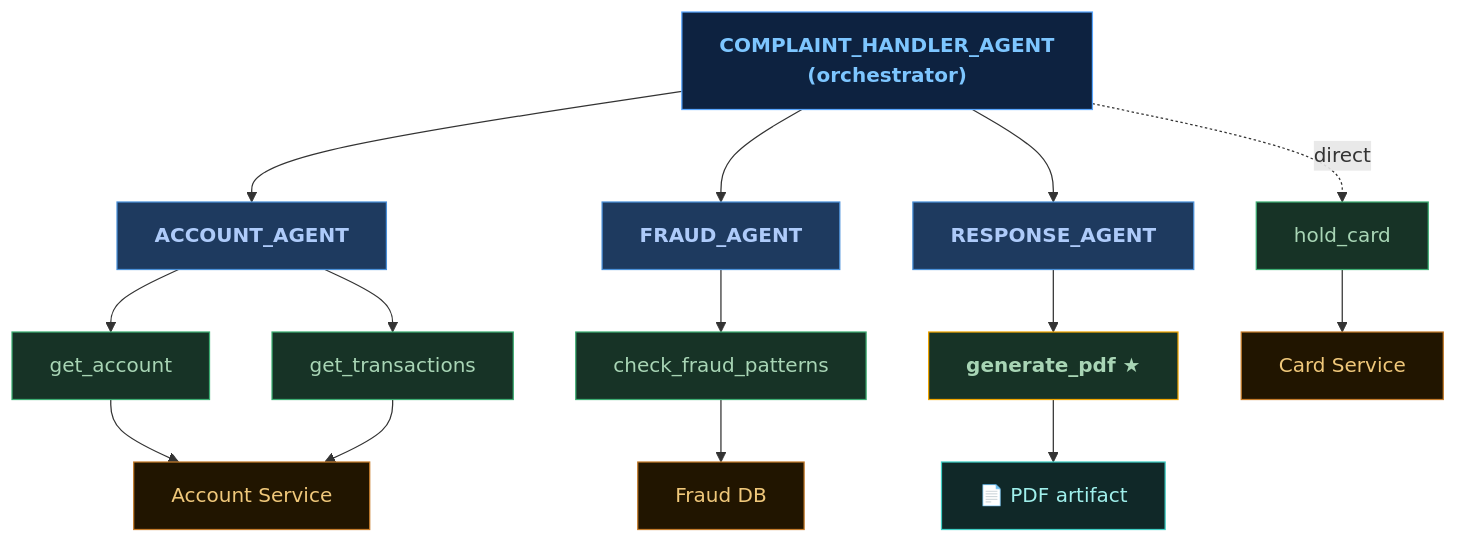
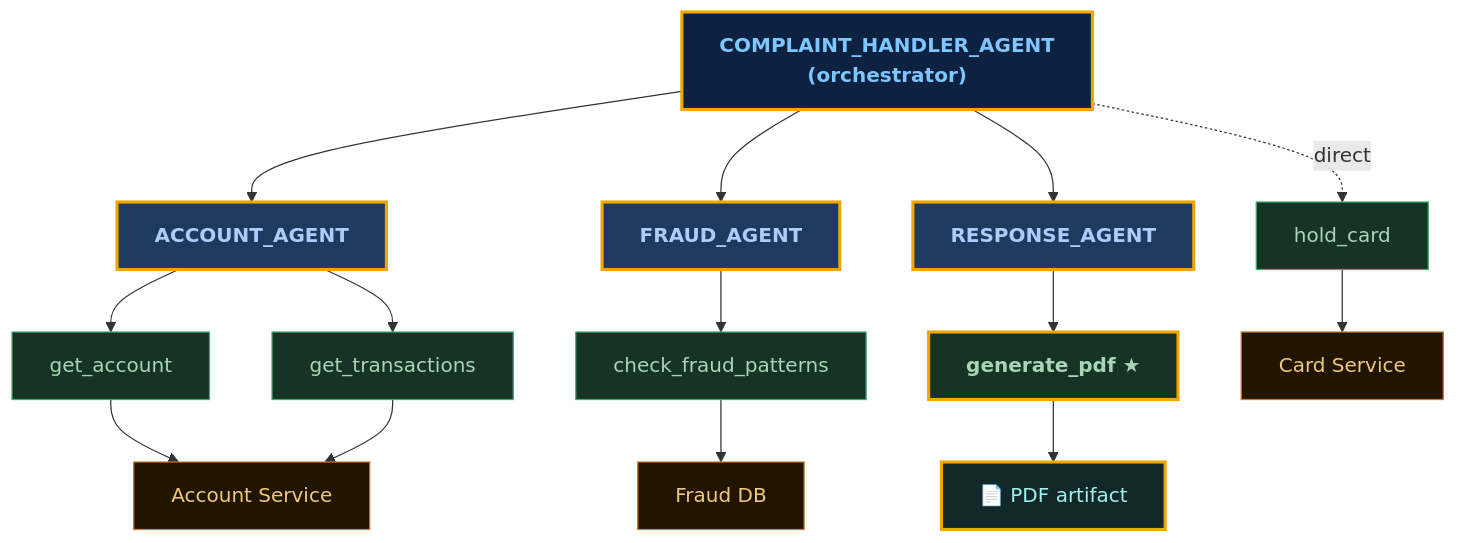
The second of 6 diagrams in slides/section4.md (jaszczook/your-next-feature-might-need-an-agent), drawn with Mermaid before and after one commit. The commit also changed other lines of this file and 3 other files, not shown here.

````diff
--- a/slides/section4.md
+++ b/slides/section4.md
@@ -125,36 +125,39 @@
 ```mermaid
 flowchart TD
-    ORCH["COMPLAINT_HANDLER_AGENT\n(orchestrator)"]:::orch
+    ORCH["COMPLAINT_HANDLER_AGENT\n(orchestrator)"]:::orchnew
 
-    AA["ACCOUNT_AGENT"]:::agent
-    FA["FRAUD_AGENT"]:::agent
-    RA["RESPONSE_AGENT"]:::agent
+    AA["ACCOUNT_AGENT"]:::agentnew
+    FA["FRAUD_AGENT"]:::agentnew
+    RA["RESPONSE_AGENT"]:::agentnew
     HC["hold_card"]:::tool
 
     GA["get_account"]:::tool
     GT["get_transactions"]:::tool
     CFP["check_fraud_patterns"]:::tool
     GPDF["generate_pdf ★"]:::toolnew
 
     AS["Account Service"]:::svc
     FDB["Fraud DB"]:::svc
-    PDF["📄 PDF artifact"]:::artifact
+    PDF["📄 PDF artifact"]:::artifactnew
     CS["Card Service"]:::svc
 
     ORCH --> AA & FA & RA
     ORCH -.->|direct| HC
     AA --> GA & GT
     FA --> CFP
     RA --> GPDF
     GA & GT --> AS
     CFP --> FDB
     GPDF --> PDF
     HC --> CS
 
     classDef orch fill:#0d2240,stroke:#58a6ff,color:#7dc6ff,font-weight:700
+    classDef orchnew fill:#0d2240,stroke:#f0a500,color:#7dc6ff,font-weight:700,stroke-width:2.5px
     classDef agent fill:#1e3a5f,stroke:#4a90d9,color:#aecbfa,font-weight:600
+    classDef agentnew fill:#1e3a5f,stroke:#f0a500,color:#aecbfa,font-weight:700,stroke-width:2.5px
     classDef tool fill:#173326,stroke:#3cad72,color:#a8d5b5
-    classDef toolnew fill:#173326,stroke:#f0a500,color:#a8d5b5,font-weight:700
+    classDef toolnew fill:#173326,stroke:#f0a500,color:#a8d5b5,font-weight:700,stroke-width:2.5px
     classDef svc fill:#211500,stroke:#c47b2a,color:#f0c87a
     classDef artifact fill:#102828,stroke:#3ecec4,color:#a0f0ec
+    classDef artifactnew fill:#102828,stroke:#f0a500,color:#a0f0ec,stroke-width:2.5px
 ```
````
